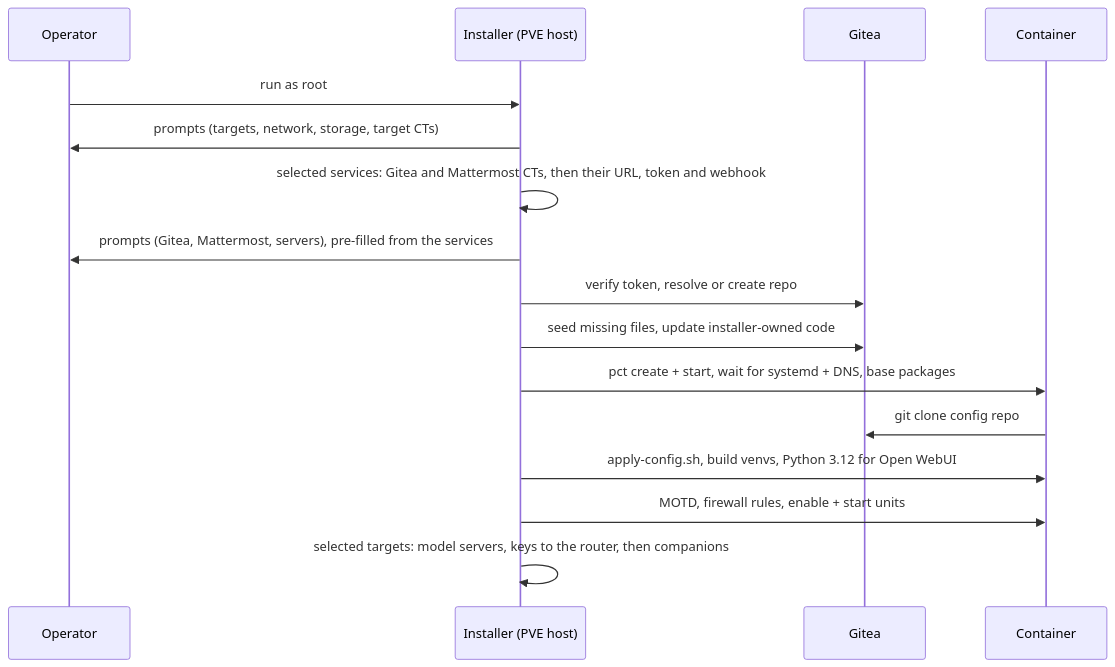
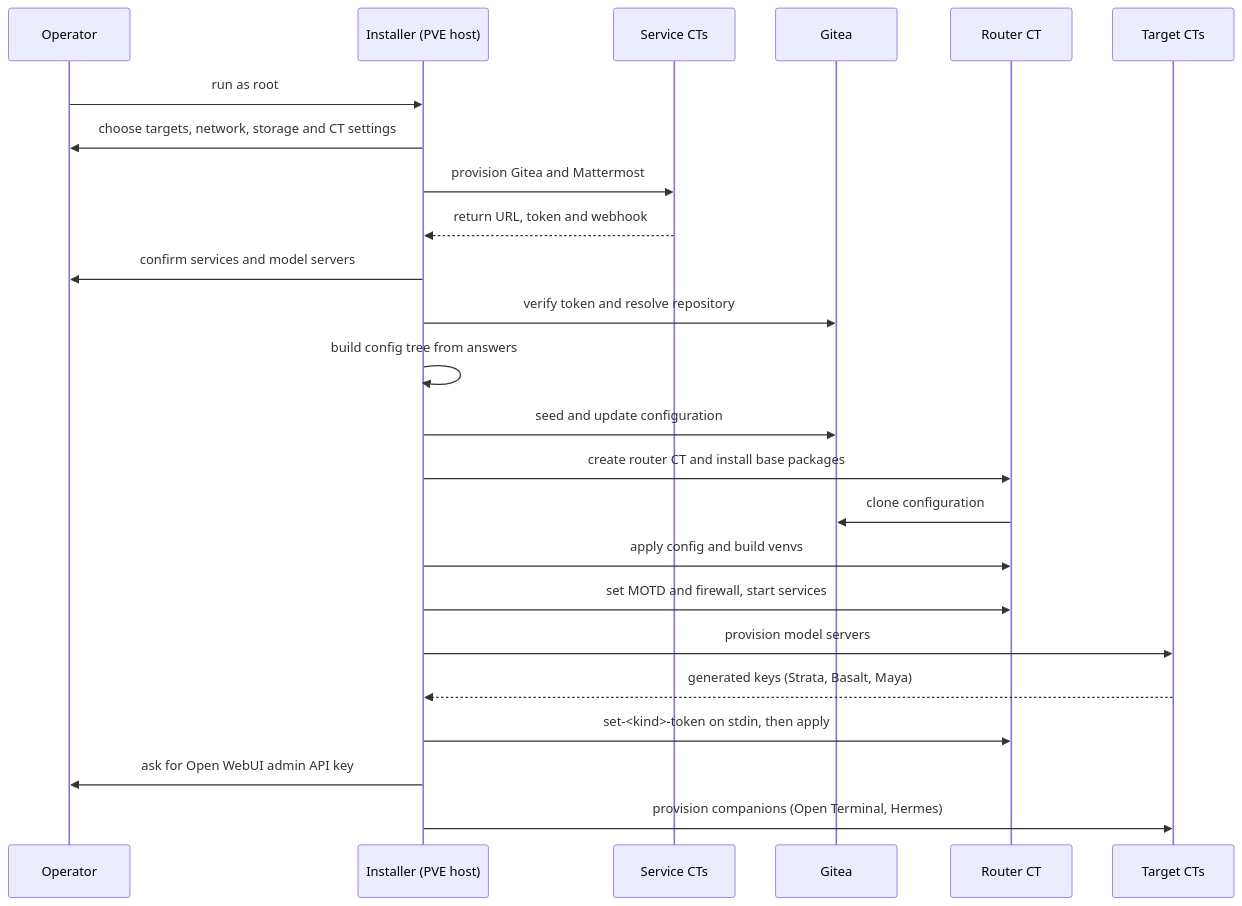
The fourth of 4 diagrams in ARCHITECTURE.md (wwarren/osr), drawn with Mermaid before and after one commit. The commit also changed other lines of this file and 12 other files, not shown here.

Commit message:
fixed errors in the open-terminal setup and some other fixes

````diff
--- a/ARCHITECTURE.md
+++ b/ARCHITECTURE.md
@@ -358,18 +359,26 @@
 ```mermaid
 sequenceDiagram
     participant Op as Operator
     participant I as Installer (PVE host)
+    participant S as Service CTs
     participant G as Gitea
-    participant CT as Container
+    participant CT as Router CT
+    participant T as Target CTs
     Op->>I: run as root
-    I->>Op: prompts (targets, network, storage, target CTs)
-    I->>I: selected services: Gitea and Mattermost CTs, then their URL, token and webhook
-    I->>Op: prompts (Gitea, Mattermost, servers), pre-filled from the services
-    I->>G: verify token, resolve or create repo
-    I->>G: seed missing files, update installer-owned code
-    I->>CT: pct create + start, wait for systemd + DNS, base packages
-    CT->>G: git clone config repo
-    I->>CT: apply-config.sh, build venvs, Python 3.12 for Open WebUI
-    I->>CT: MOTD, firewall rules, enable + start units
-    I->>I: selected targets: model servers, keys to the router, then companions
+    I->>Op: choose targets, network, storage and CT settings
+    I->>S: provision Gitea and Mattermost
+    S-->>I: return URL, token and webhook
+    I->>Op: confirm services and model servers
+    I->>G: verify token and resolve repository
+    I->>I: build config tree from answers
+    I->>G: seed and update configuration
+    I->>CT: create router CT and install base packages
+    CT->>G: clone configuration
+    I->>CT: apply config and build venvs
+    I->>CT: set MOTD and firewall, start services
+    I->>T: provision model servers
+    T-->>I: generated keys (Strata, Basalt, Maya)
+    I->>CT: set-<kind>-token on stdin, then apply
+    I->>Op: ask for Open WebUI admin API key
+    I->>T: provision companions (Open Terminal, Hermes)
 ```
````
